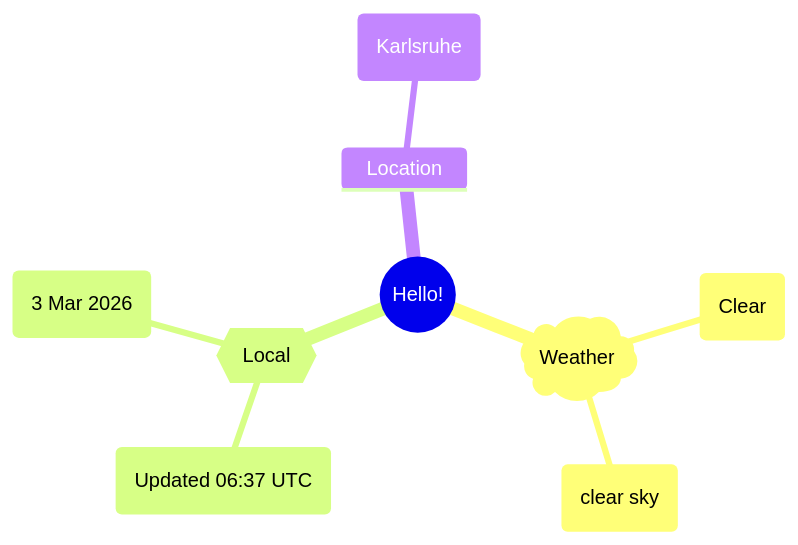
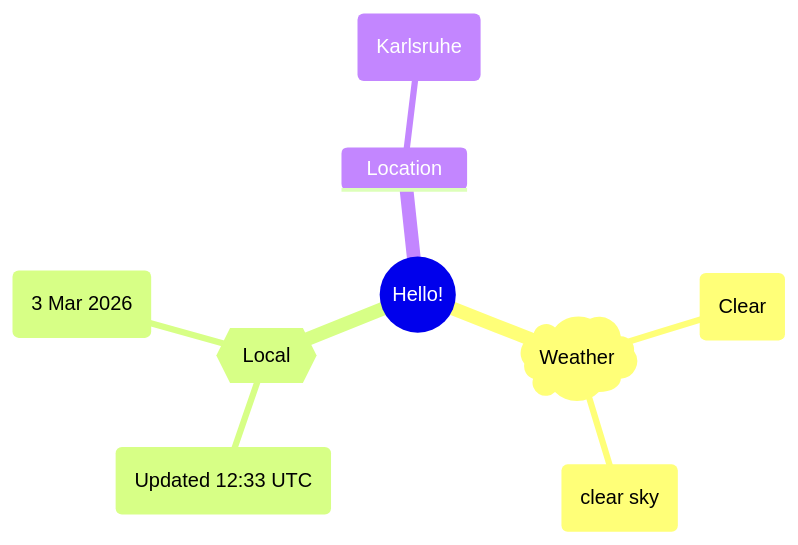
The first of 2 diagrams in README.md (Xosrov/Xosrov), drawn with Mermaid before and after one commit.

Commit message:
[bot] updated images

````diff
--- a/README.md
+++ b/README.md
@@ -3,12 +3,12 @@
 ```mermaid
 mindmap
   root((Hello!))
     )Weather(
         (Clear)
         (clear sky)
     {{Local}}
-        (Updated 06:37 UTC)
+        (Updated 12:33 UTC)
         (3 Mar 2026)
     Location
         (Karlsruhe)
 ```
````
